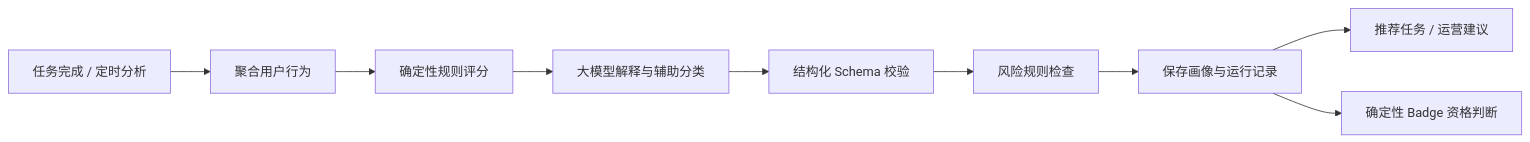
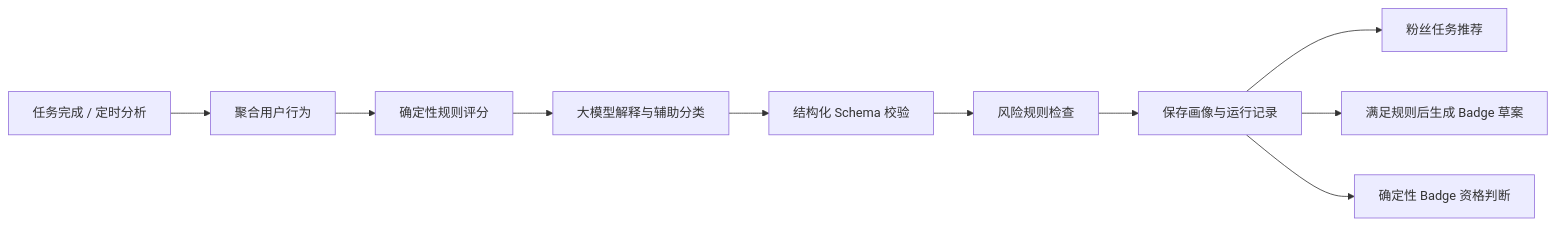
Before and after one commit to ouminghai/Fanora: the third of 8 diagrams in docs/ARCHITECTURE.md, drawn with Mermaid. The commit also changed other lines of this file and 3 other files, not shown here.

````diff
--- a/docs/ARCHITECTURE.md
+++ b/docs/ARCHITECTURE.md
@@ -164,11 +164,12 @@
 ```mermaid
 flowchart LR
     EVENT["任务完成 / 定时分析"] --> COLLECT["聚合用户行为"]
     COLLECT --> SCORE["确定性规则评分"]
     SCORE --> LLM["大模型解释与辅助分类"]
     LLM --> VALIDATE["结构化 Schema 校验"]
     VALIDATE --> RISK["风险规则检查"]
     RISK --> SAVE["保存画像与运行记录"]
-    SAVE --> RECOMMEND["推荐任务 / 运营建议"]
+    SAVE --> RECOMMEND["粉丝任务推荐"]
+    SAVE --> BADGE["满足规则后生成 Badge 草案"]
     SAVE --> ELIGIBILITY["确定性 Badge 资格判断"]
 ```
````
